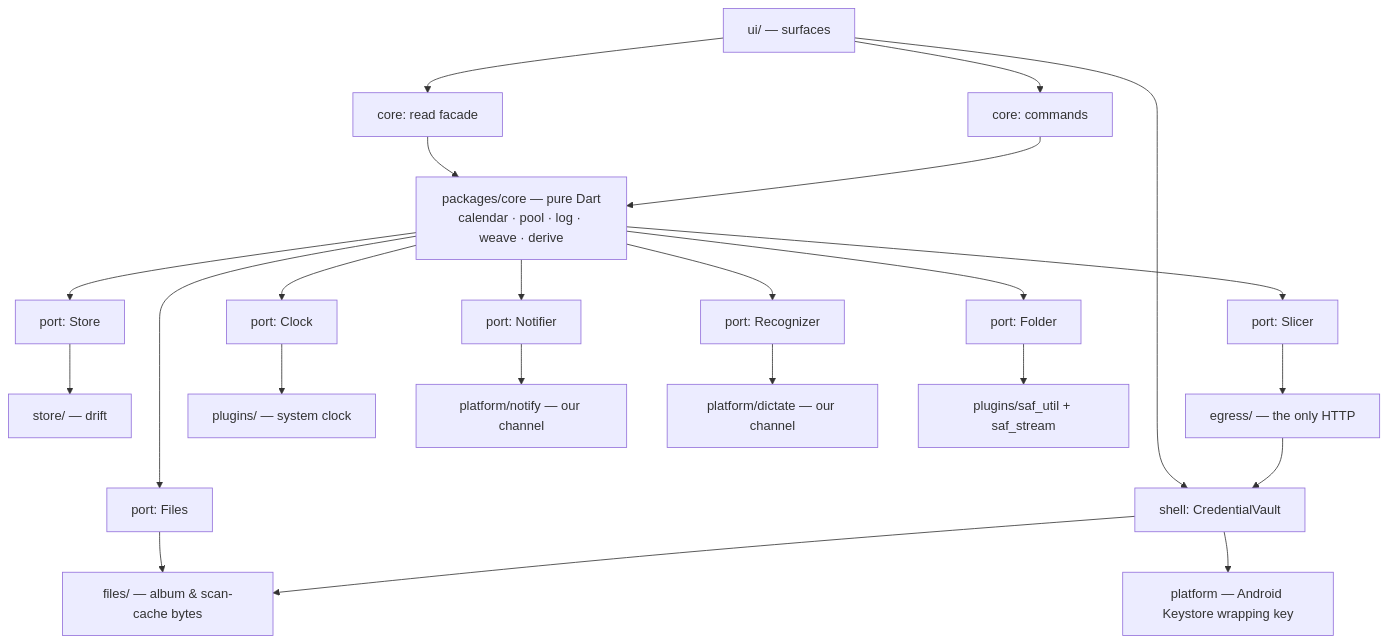
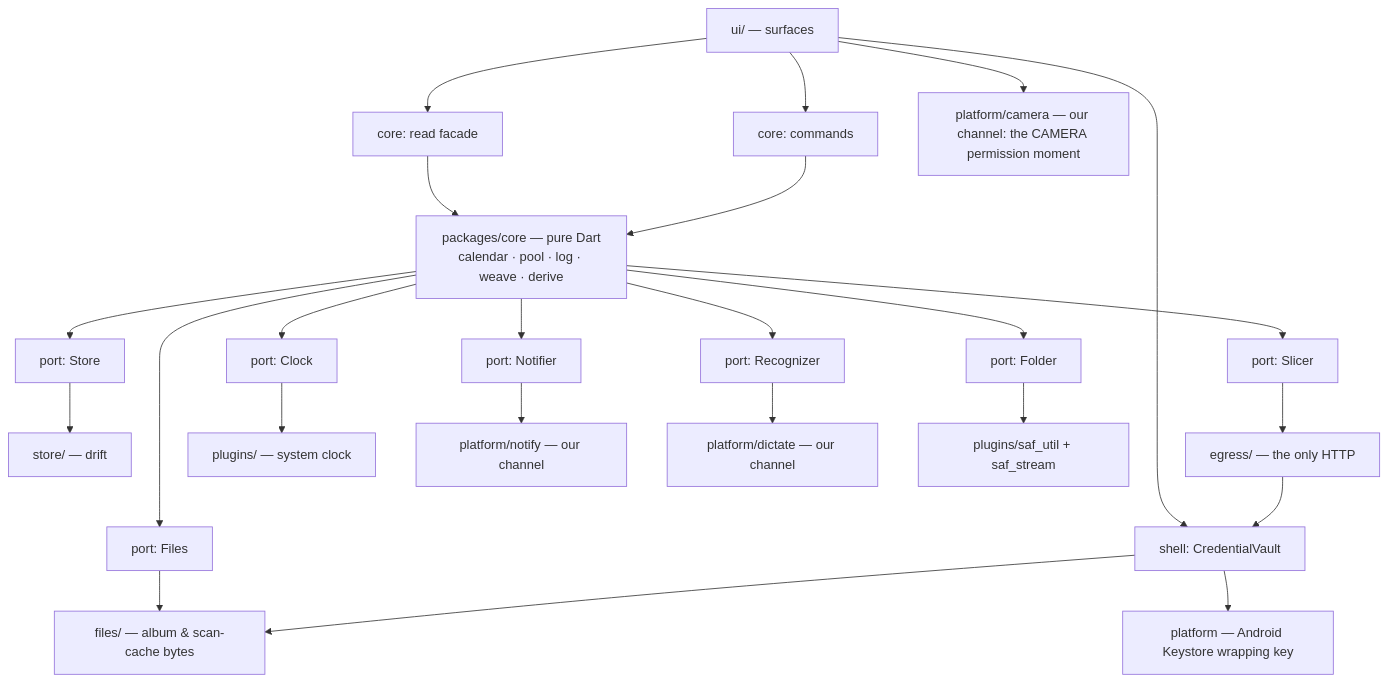
The first of 3 diagrams in _bmad-output/planning-artifacts/architecture/architecture-organizer-2026-08-26/ARCHITECTURE-SPINE.md (dorogoy/organizer), drawn with Mermaid before and after one commit. The commit also changed other lines of this file and 4 other files, not shown here.

````diff
--- a/_bmad-output/planning-artifacts/architecture/architecture-organizer-2026-08-26/ARCHITECTURE-SPINE.md
+++ b/_bmad-output/planning-artifacts/architecture/architecture-organizer-2026-08-26/ARCHITECTURE-SPINE.md
@@ -276,26 +276,27 @@
 ```mermaid
 graph TD
   UI["ui/ — surfaces"] --> RF["core: read facade"]
   UI --> CMD["core: commands"]
   RF --> CORE
   CMD --> CORE
   CORE["packages/core — pure Dart<br/>calendar · pool · log · weave · derive"]
   CORE --> P1["port: Store"]
   CORE --> P2["port: Slicer"]
   CORE --> P3["port: Clock"]
   CORE --> P4["port: Notifier"]
   CORE --> P5["port: Recognizer"]
   CORE --> P6["port: Folder"]
   CORE --> P7["port: Files"]
   P1 --> A1["store/ — drift"]
   P2 --> A2["egress/ — the only HTTP"]
   P3 --> A3["plugins/ — system clock"]
   P4 --> A4["platform/notify — our channel"]
   P5 --> A5["platform/dictate — our channel"]
+  UI --> A9["platform/camera — our channel: the CAMERA permission moment"]
   P6 --> A6["plugins/saf_util + saf_stream"]
   P7 --> A7["files/ — album & scan-cache bytes"]
   UI --> CV["shell: CredentialVault"]
   A2 --> CV
   CV --> A7
   CV --> A8["platform — Android Keystore wrapping key"]
 ```
````
